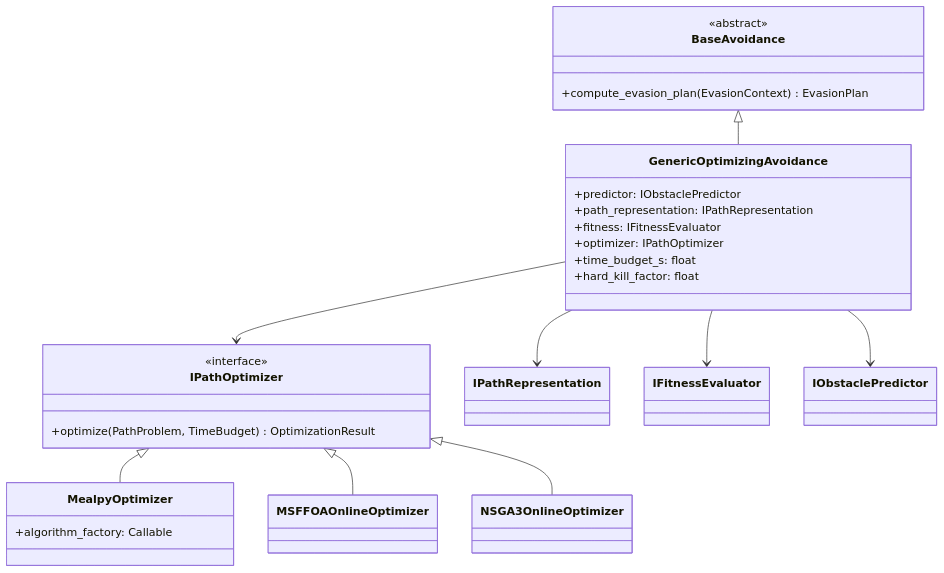
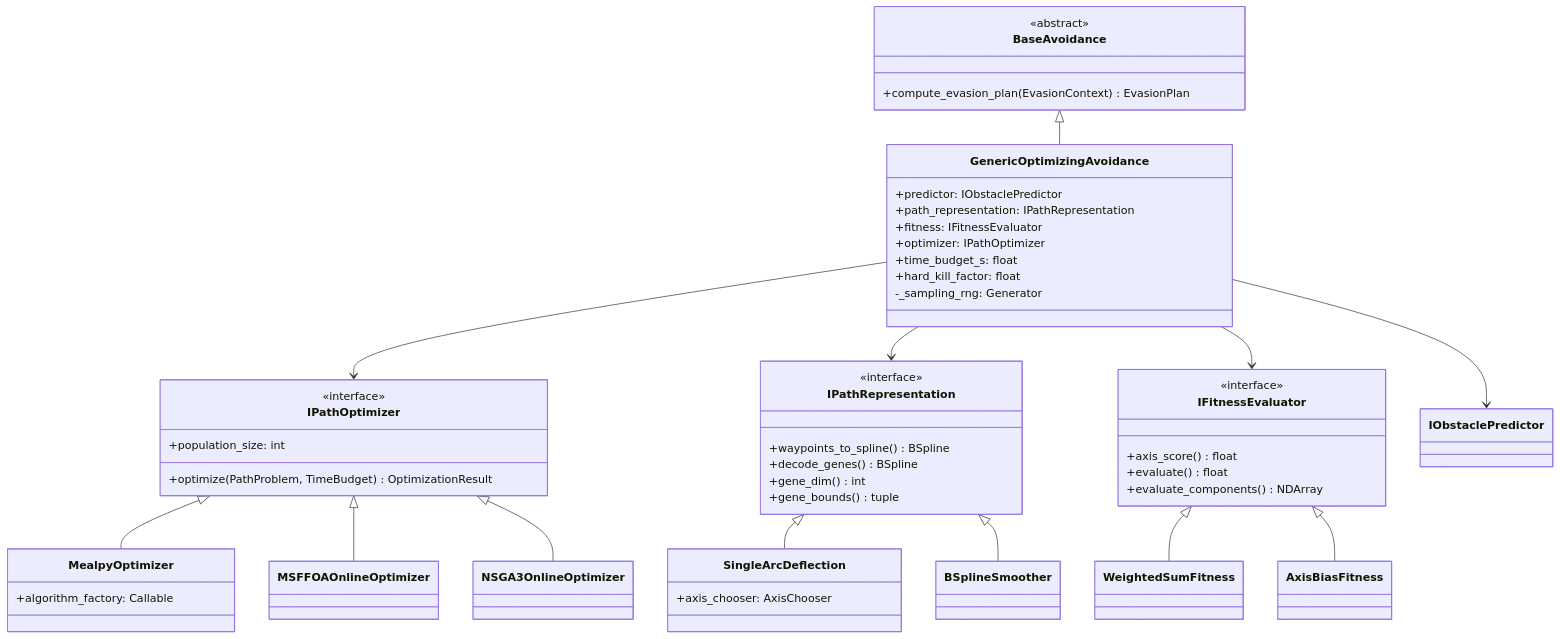
One commit to Ebi2626/drone-swarm-simulation changed the diagram in src/algorithms/ALGORITHMS.md. Above: the diagram before and after it, drawn with Mermaid. The commit also changed other lines of this file and 118 other files, not shown here.

````diff
--- a/src/algorithms/ALGORITHMS.md
+++ b/src/algorithms/ALGORITHMS.md
@@ -75,36 +221,65 @@
 ```mermaid
 classDiagram
     class BaseAvoidance {
         <<abstract>>
         +compute_evasion_plan(EvasionContext) EvasionPlan
     }
 
     class GenericOptimizingAvoidance {
         +predictor: IObstaclePredictor
         +path_representation: IPathRepresentation
         +fitness: IFitnessEvaluator
         +optimizer: IPathOptimizer
         +time_budget_s: float
         +hard_kill_factor: float
+        -_sampling_rng: Generator
     }
     BaseAvoidance <|-- GenericOptimizingAvoidance
 
     class IPathOptimizer {
         <<interface>>
         +optimize(PathProblem, TimeBudget) OptimizationResult
+        +population_size: int
     }
     class MealpyOptimizer {
         +algorithm_factory: Callable
     }
     class MSFFOAOnlineOptimizer
     class NSGA3OnlineOptimizer
 
     IPathOptimizer <|-- MealpyOptimizer
     IPathOptimizer <|-- MSFFOAOnlineOptimizer
     IPathOptimizer <|-- NSGA3OnlineOptimizer
 
+    class IPathRepresentation {
+        <<interface>>
+        +waypoints_to_spline() BSpline
+        +decode_genes() BSpline
+        +gene_dim() int
+        +gene_bounds() tuple
+    }
+    class SingleArcDeflection {
+        +axis_chooser: AxisChooser
+    }
+    class BSplineSmoother
+
+    IPathRepresentation <|-- SingleArcDeflection
+    IPathRepresentation <|-- BSplineSmoother
+
+    class IFitnessEvaluator {
+        <<interface>>
+        +axis_score() float
+        +evaluate() float
+        +evaluate_components() NDArray
+    }
+    class WeightedSumFitness
+    class AxisBiasFitness
+
+    IFitnessEvaluator <|-- WeightedSumFitness
+    IFitnessEvaluator <|-- AxisBiasFitness
+
     GenericOptimizingAvoidance --> IPathOptimizer
     GenericOptimizingAvoidance --> IPathRepresentation
     GenericOptimizingAvoidance --> IFitnessEvaluator
     GenericOptimizingAvoidance --> IObstaclePredictor
 ```
````
